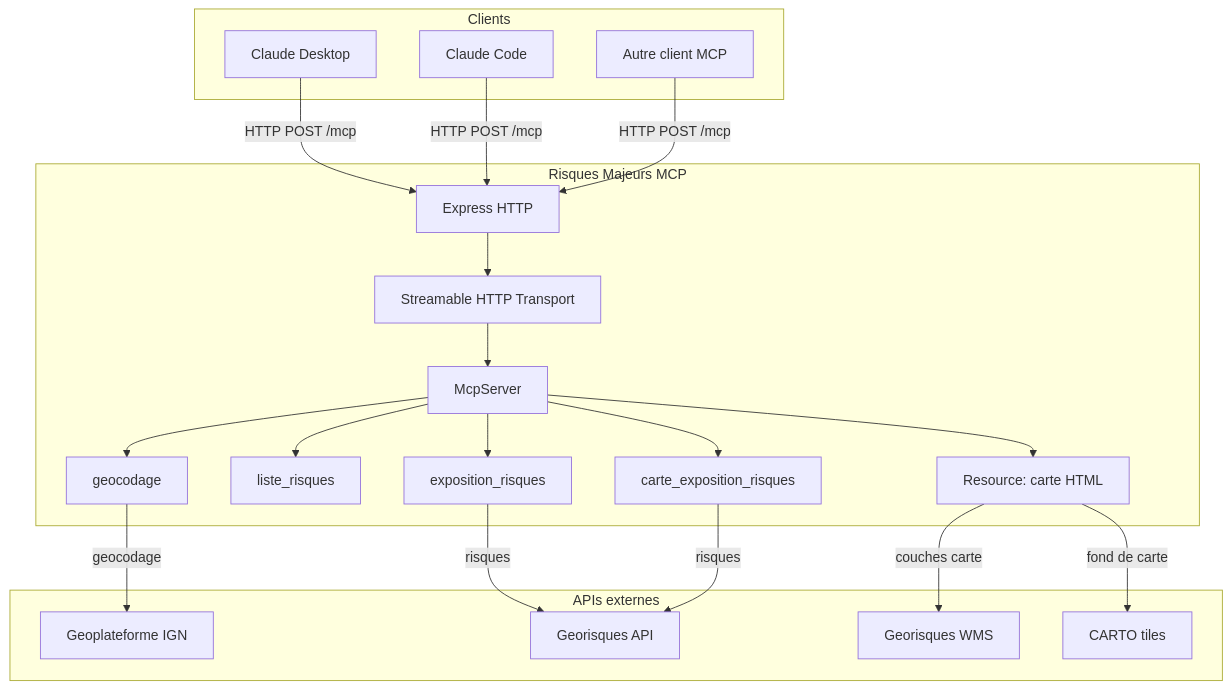
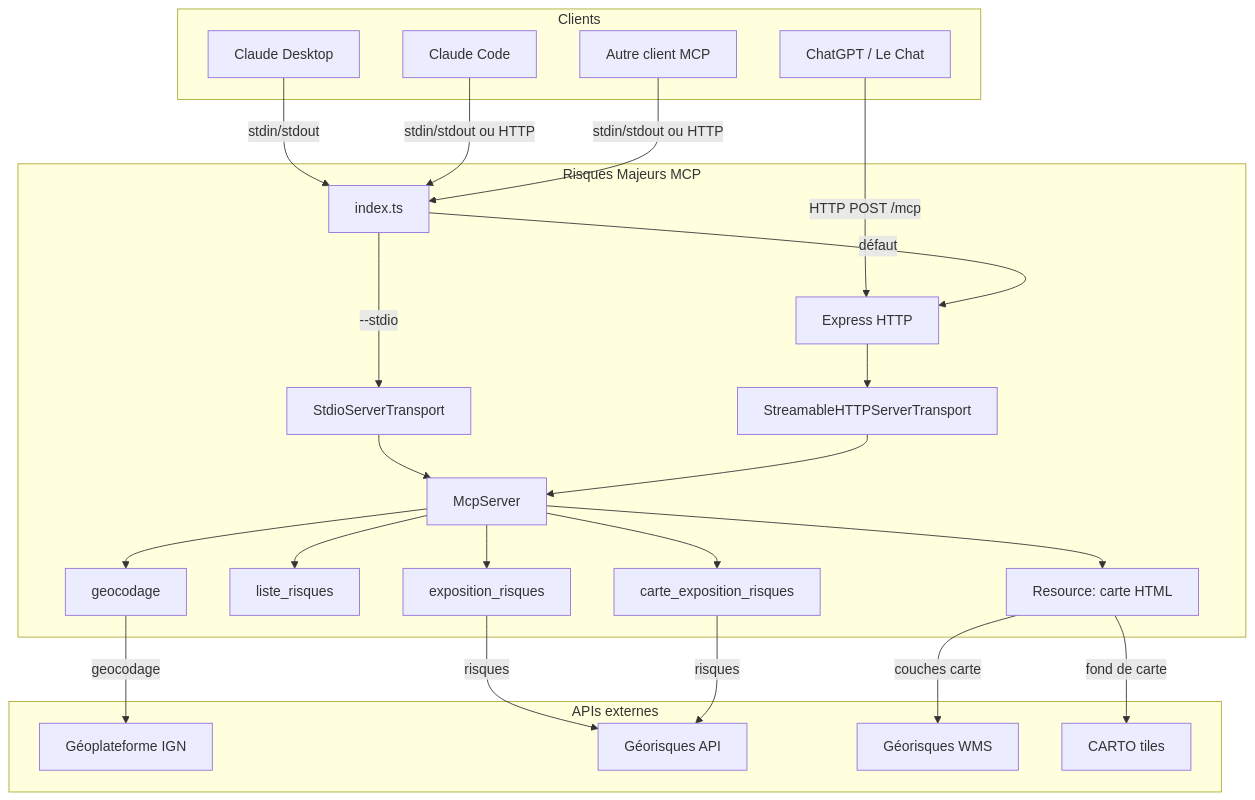
One commit to MAIF/risques-majeurs-mcp changed the first of 4 diagrams in documentation/docs/architecture.mdx. Above: the diagram before and after it, drawn with Mermaid. The commit also changed other lines of this file, not shown here.

Commit message:
update architecture

````diff
--- a/documentation/docs/architecture.mdx
+++ b/documentation/docs/architecture.mdx
@@ -11,35 +13,45 @@
 ```mermaid
 flowchart TB
     subgraph Clients
         CD[Claude Desktop]
         CC[Claude Code]
+        CG[ChatGPT / Le Chat]
         AC[Autre client MCP]
     end
 
     subgraph "Risques Majeurs MCP"
+        IDX[index.ts]
+        STDIO[StdioServerTransport]
         EX[Express HTTP]
-        TR[Streamable HTTP Transport]
+        TR[StreamableHTTPServerTransport]
         SRV[McpServer]
         T1[geocodage]
         T2[liste_risques]
         T3[exposition_risques]
         T4[carte_exposition_risques]
         RES[Resource: carte HTML]
     end
 
     subgraph "APIs externes"
-        IGN[Geoplateforme IGN]
-        GR[Georisques API]
-        WMS[Georisques WMS]
+        IGN[Géoplateforme IGN]
+        GR[Géorisques API]
+        WMS[Géorisques WMS]
         CARTO[CARTO tiles]
     end
 
-    CD & CC & AC -->|HTTP POST /mcp| EX
-    EX --> TR --> SRV
+    CD -->|stdin/stdout| IDX
+    CC -->|stdin/stdout ou HTTP| IDX
+    CG -->|HTTP POST /mcp| EX
+    AC -->|stdin/stdout ou HTTP| IDX
+    EX --> TR
+    IDX -->|--stdio| STDIO
+    IDX -->|défaut| EX
+    STDIO --> SRV
+    TR --> SRV
     SRV --> T1 & T2 & T3 & T4
     SRV --> RES
     T1 -->|geocodage| IGN
     T3 & T4 -->|risques| GR
     RES -->|couches carte| WMS
     RES -->|fond de carte| CARTO
 ```
````
